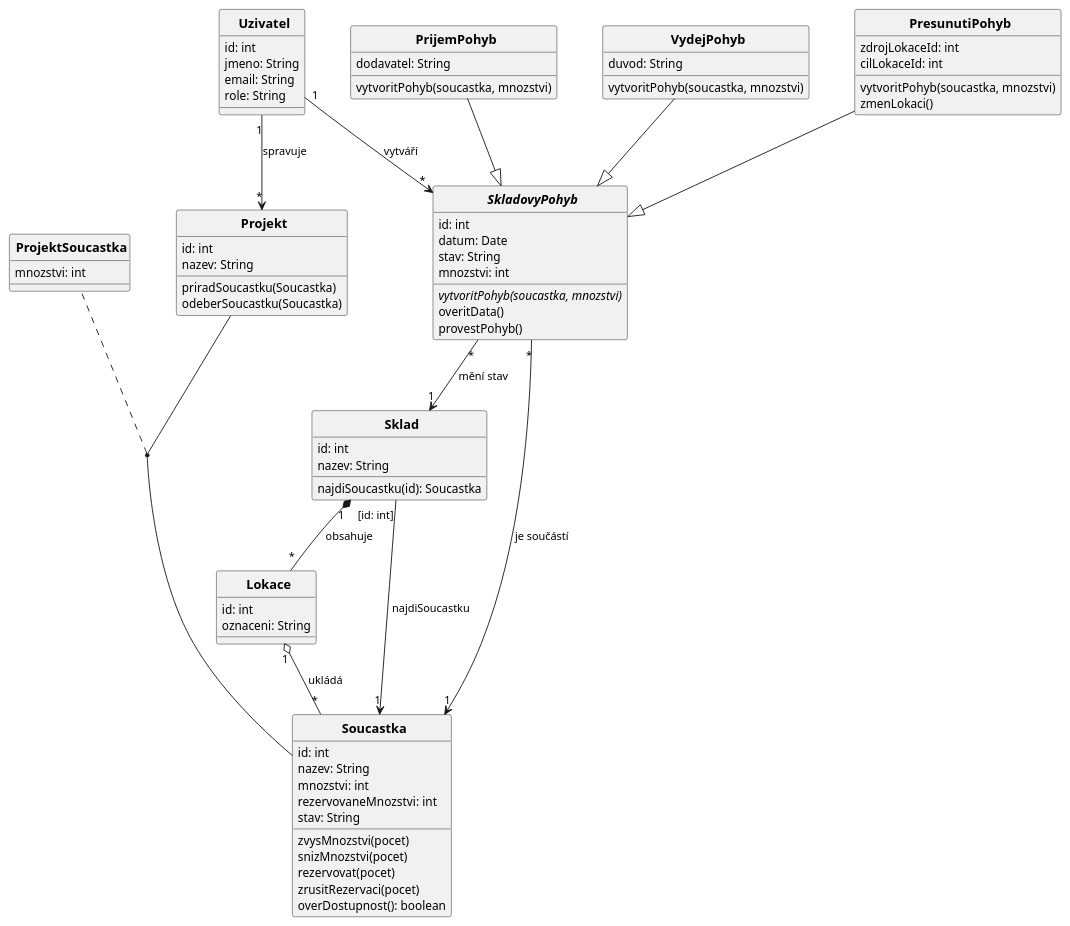
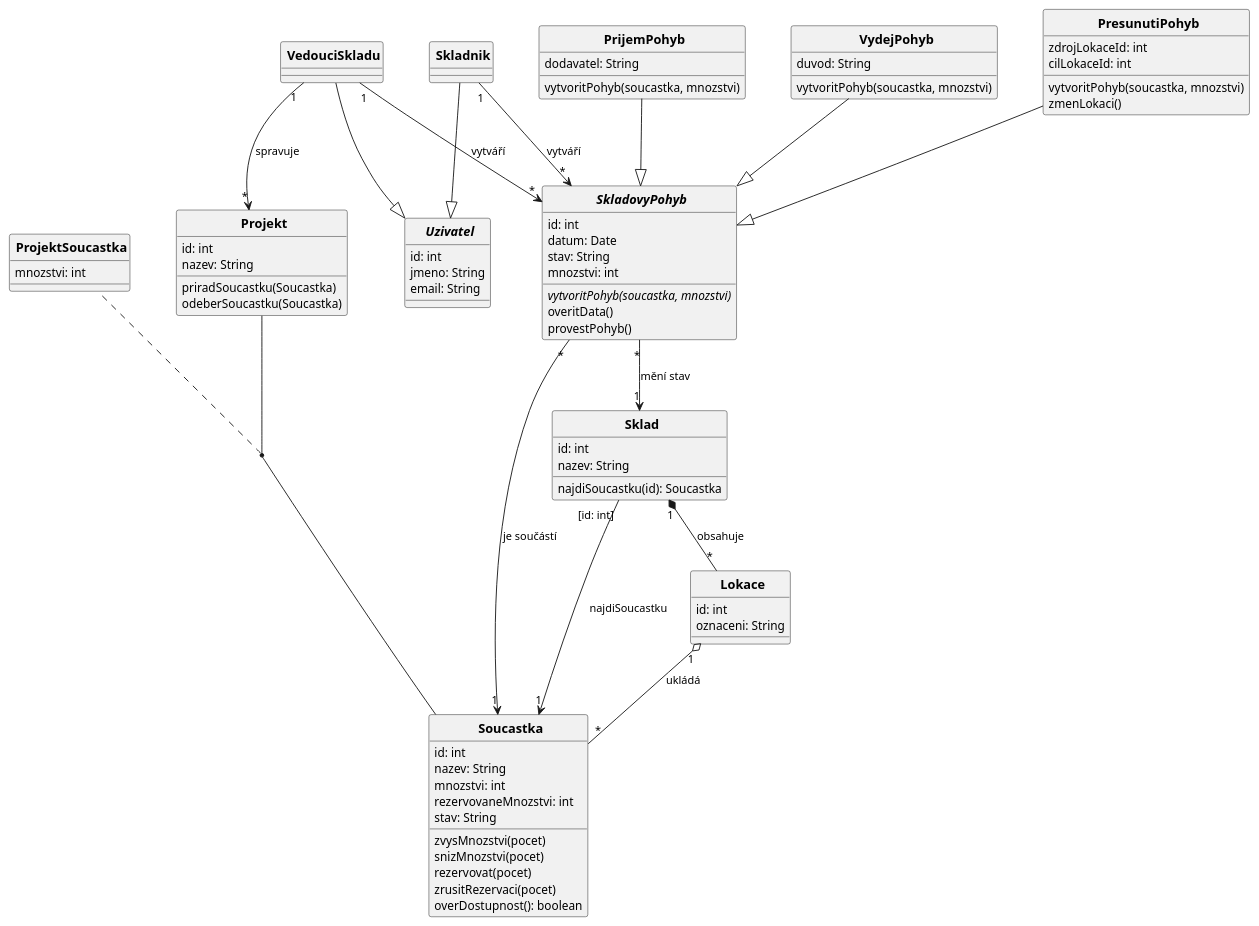
The diagram in diagrams/02_class_diagram.puml (lkvapil/kOdevzdaniProjektWMS), drawn with PlantUML before and after one commit. The commit also changed 3 other files, not shown here.

Commit message:
feat: pridani dedicnosti Skladnik/VedouciSkladu v class diagramu

```diff
--- a/diagrams/02_class_diagram.puml
+++ b/diagrams/02_class_diagram.puml
@@ -1,106 +1,114 @@
 @startuml
 top to bottom direction
 skinparam CircledCharacterRadius 0
 skinparam CircledCharacterFontSize 0
 skinparam defaultFontSize 13
 skinparam classFontSize 14
 skinparam classFontStyle bold
 skinparam ArrowFontSize 12
 skinparam nodesep 50
 skinparam ranksep 60
 
-class Uzivatel {
+abstract class Uzivatel {
   id: int
   jmeno: String
   email: String
-  role: String
+}
+
+class Skladnik {
+}
+
+class VedouciSkladu {
 }
 
 class PrijemPohyb {
   dodavatel: String
   vytvoritPohyb(soucastka, mnozstvi)
 }
 
 class VydejPohyb {
   duvod: String
   vytvoritPohyb(soucastka, mnozstvi)
 }
 
 class PresunutiPohyb {
   zdrojLokaceId: int
   cilLokaceId: int
   vytvoritPohyb(soucastka, mnozstvi)
   zmenLokaci()
 }
 
 abstract class SkladovyPohyb {
   id: int
   datum: Date
   stav: String
   mnozstvi: int
   {abstract} vytvoritPohyb(soucastka, mnozstvi)
   overitData()
   provestPohyb()
 }
 
 class Projekt {
   id: int
   nazev: String
   priradSoucastku(Soucastka)
   odeberSoucastku(Soucastka)
 }
 
 class ProjektSoucastka {
   mnozstvi: int
 }
 
 class Sklad {
   id: int
   nazev: String
   najdiSoucastku(id): Soucastka
 }
 
 class Lokace {
   id: int
   oznaceni: String
 }
 
 class Soucastka {
   id: int
   nazev: String
   mnozstvi: int
   rezervovaneMnozstvi: int
   stav: String
   zvysMnozstvi(pocet)
   snizMnozstvi(pocet)
   rezervovat(pocet)
   zrusitRezervaci(pocet)
   overDostupnost(): boolean
 }
 
 ' ── Generalizace ──────────────────────────────────────────────────────────────
 PrijemPohyb    --|> SkladovyPohyb
 VydejPohyb     --|> SkladovyPohyb
 PresunutiPohyb --|> SkladovyPohyb
+Skladnik       --|> Uzivatel
+VedouciSkladu  --|> Uzivatel
 
 ' ── Atribut spojení ───────────────────────────────────────────────────────────
 (Projekt, Soucastka) .. ProjektSoucastka
 Projekt -[hidden]left- ProjektSoucastka
 
 ' ── Kvalifikovaná vazba ───────────────────────────────────────────────────────
 Sklad "[id: int]" --> "1" Soucastka : najdiSoucastku
 
 ' ── Asociace ──────────────────────────────────────────────────────────────────
 SkladovyPohyb "*" --> "1" Soucastka     : je součástí
 Sklad         "1" *-- "*" Lokace        : obsahuje
 Lokace        "1" o-- "*" Soucastka     : ukládá
 SkladovyPohyb "*" --> "1" Sklad         : mění stav
-Uzivatel      "1" --> "*" SkladovyPohyb : vytváří
-Uzivatel      "1" --> "*" Projekt       : spravuje
+Skladnik      "1" --> "*" SkladovyPohyb : vytváří
+VedouciSkladu "1" --> "*" SkladovyPohyb : vytváří
+VedouciSkladu "1" --> "*" Projekt       : spravuje
 
 ' ── Layout ────────────────────────────────────────────────────────────────────
-Uzivatel    -[hidden]right- PrijemPohyb
+Skladnik    -[hidden]right- PrijemPohyb
 PrijemPohyb -[hidden]right- VydejPohyb
 VydejPohyb  -[hidden]right- PresunutiPohyb
 
 @enduml
```
